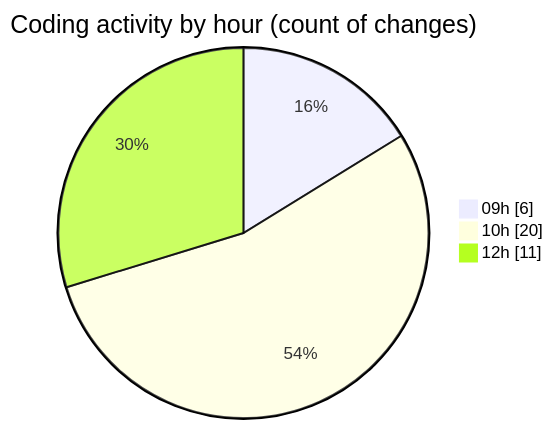
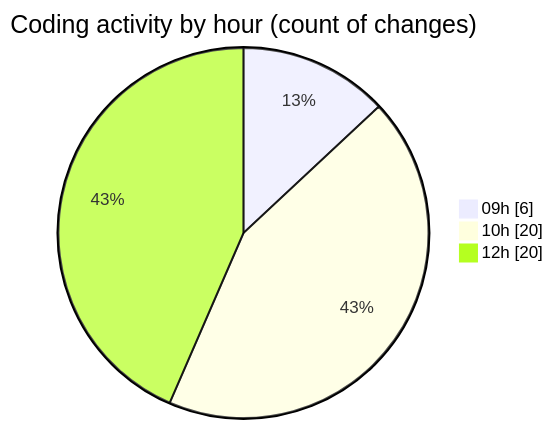
One commit to becaeroporto-bot/code-tracking changed the second of 2 diagrams in 2026-02-18/bot_v1_2/README.md. Above: the diagram before and after it, drawn with Mermaid. The commit also changed other lines of this file and 1 other file, not shown here.

````diff
--- a/2026-02-18/bot_v1_2/README.md
+++ b/2026-02-18/bot_v1_2/README.md
@@ -52,7 +53,7 @@
 ```mermaid
 pie showData
 title Coding activity by hour (count of changes)
 "09h" : 6
 "10h" : 20
-"12h" : 11
+"12h" : 20
 ```
````
